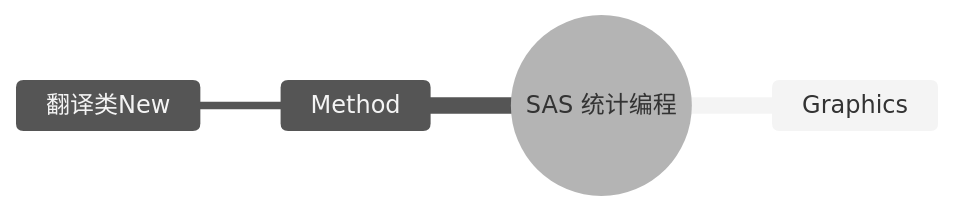
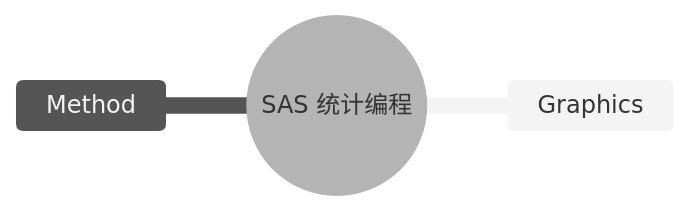
The diagram in README.md (cglazey/SAS-Statistical-Program2), drawn with Mermaid (neutral theme) before and after one commit.

````diff
--- a/README.md
+++ b/README.md
@@ -1,7 +1,6 @@
 ```mermaid
 mindmap
   root((SAS 统计编程))
     Graphics
     Method
-      翻译类New
 ```
````
